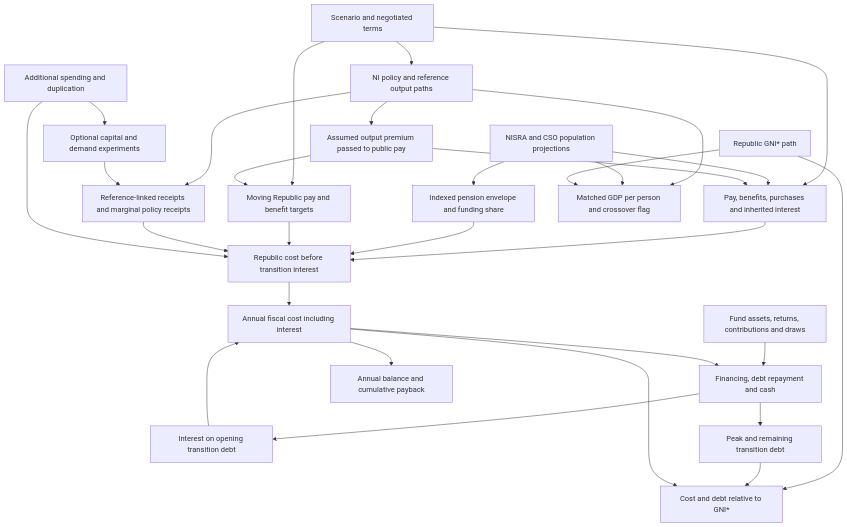
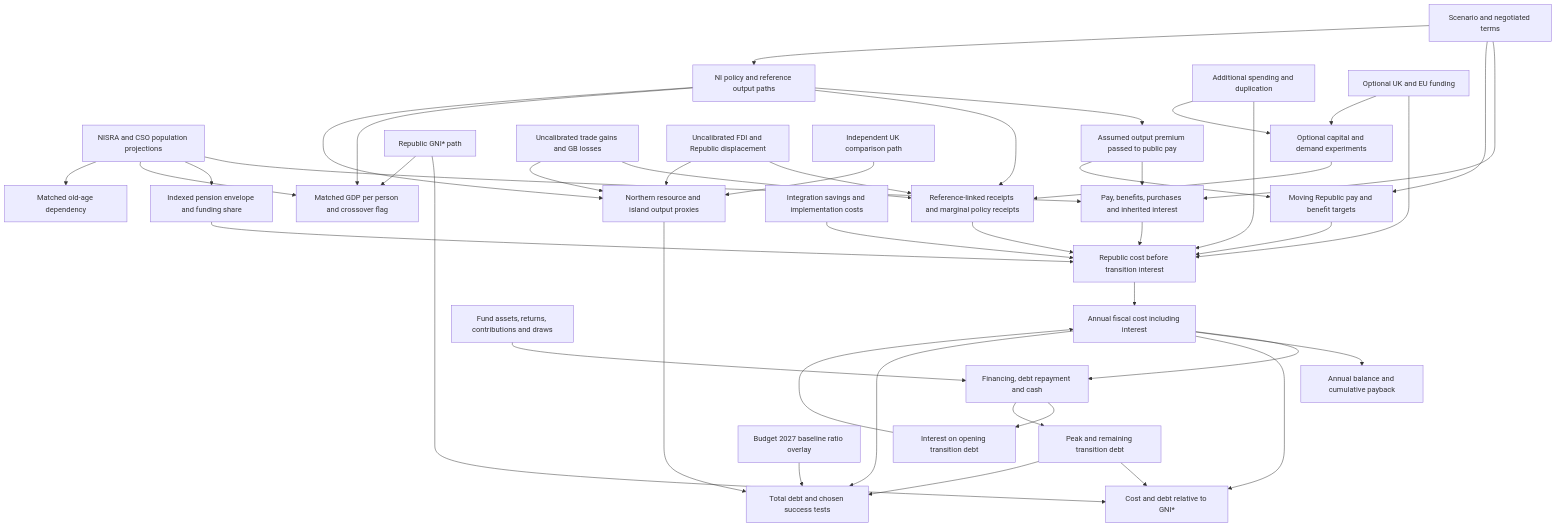
Before and after one commit to skinsella/skinsella.github.io: the diagram in unity/book/linked_model_diagram.mmd, drawn with Mermaid. The commit also changed 33 other files, not shown here.

Commit message:
Add whole-island comparison with uncalibrated benefits off

```diff
--- a/unity/book/linked_model_diagram.mmd
+++ b/unity/book/linked_model_diagram.mmd
@@ -1,30 +1,44 @@
 flowchart TD
     SELECT["Scenario and negotiated terms"] --> SPEND["Pay, benefits, purchases and inherited interest"]
     SELECT --> HARM["Moving Republic pay and benefit targets"]
     SELECT --> GROW["NI policy and reference output paths"]
     POP["NISRA and CSO population projections"] --> SPEND
     POP --> PENSION["Indexed pension envelope and funding share"]
     GROW --> WAGE["Assumed output premium passed to public pay"]
     WAGE --> SPEND
     WAGE --> HARM
     GROW --> TAX["Reference-linked receipts and marginal policy receipts"]
     SPEND --> COST["Republic cost before transition interest"]
     PENSION --> COST
     HARM --> COST
     TAX --> COST
     EXTRA["Additional spending and duplication"] --> COST
     EXTRA --> ECON["Optional capital and demand experiments"]
     ECON --> TAX
     COST --> ANNUAL["Annual fiscal cost including interest"]
     FUND["Fund assets, returns, contributions and draws"] --> FIN["Financing, debt repayment and cash"]
     ANNUAL --> FIN
     FIN --> INTEREST["Interest on opening transition debt"]
     INTEREST --> ANNUAL
     ANNUAL --> BALANCE["Annual balance and cumulative payback"]
     FIN --> DEBT["Peak and remaining transition debt"]
     ROI["Republic GNI* path"] --> BURDEN["Cost and debt relative to GNI*"]
     DEBT --> BURDEN
     ANNUAL --> BURDEN
     GROW --> PERPERSON["Matched GDP per person and crossover flag"]
     POP --> PERPERSON
     ROI --> PERPERSON
+    SUPPORT["Optional UK and EU funding"] --> COST
+    SUPPORT --> ECON
+    TRADE["Uncalibrated trade gains and GB losses"] --> TAX
+    FDI["Uncalibrated FDI and Republic displacement"] --> TAX
+    MERGE["Integration savings and implementation costs"] --> COST
+    GROW --> PROXY["Northern resource and island output proxies"]
+    TRADE --> PROXY
+    FDI --> PROXY
+    UK["Independent UK comparison path"] --> PROXY
+    POP --> AGE["Matched old-age dependency"]
+    BASEDEBT["Budget 2027 baseline ratio overlay"] --> TOTAL["Total debt and chosen success tests"]
+    DEBT --> TOTAL
+    PROXY --> TOTAL
+    ANNUAL --> TOTAL
```
